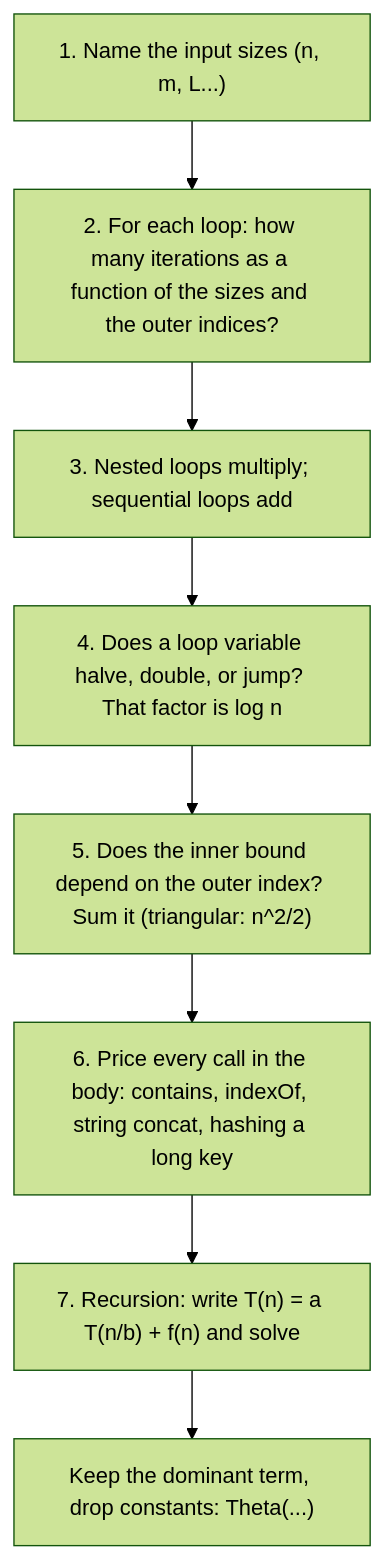
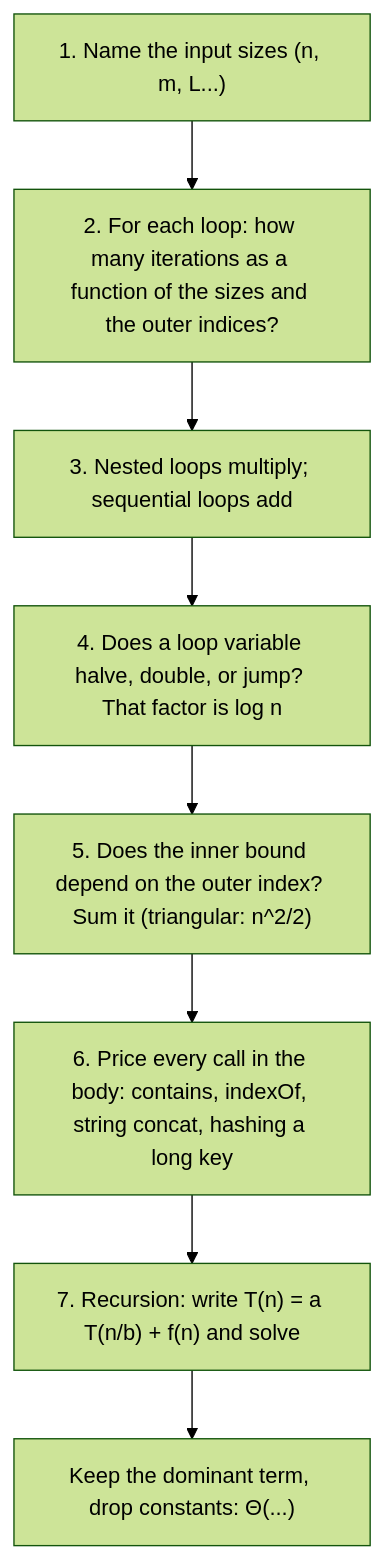
The diagram in phases/01-complexity-and-core-structures/01-complexity-and-big-o/docs/en.md (RatnadeepSimhadri/payments-engineering-from-scratch), drawn with Mermaid (forest theme) before and after one commit. The commit also changed other lines of this file and 3 other files, not shown here.

````diff
--- a/phases/01-complexity-and-core-structures/01-complexity-and-big-o/docs/en.md
+++ b/phases/01-complexity-and-core-structures/01-complexity-and-big-o/docs/en.md
@@ -84,10 +84,10 @@
 ```mermaid
 flowchart TD
   A["1. Name the input sizes (n, m, L...)"] --> B["2. For each loop: how many iterations as a function of the sizes and the outer indices?"]
   B --> C["3. Nested loops multiply; sequential loops add"]
   C --> D["4. Does a loop variable halve, double, or jump? That factor is log n"]
   D --> E["5. Does the inner bound depend on the outer index? Sum it (triangular: n^2/2)"]
   E --> F["6. Price every call in the body: contains, indexOf, string concat, hashing a long key"]
   F --> G["7. Recursion: write T(n) = a T(n/b) + f(n) and solve"]
-  G --> H["Keep the dominant term, drop constants: Theta(...)"]
+  G --> H["Keep the dominant term, drop constants: Θ(...)"]
 ```
````
